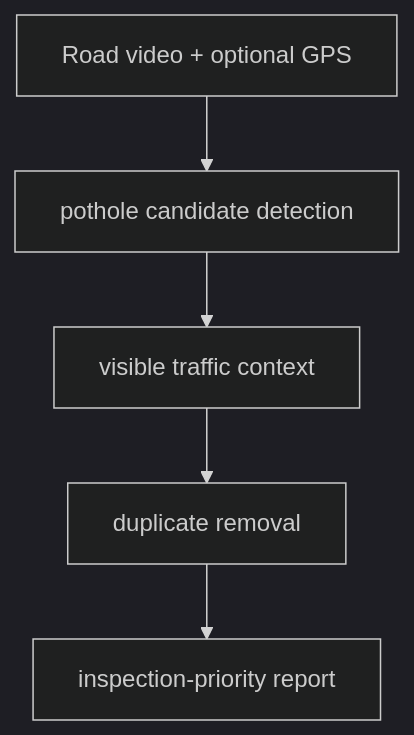
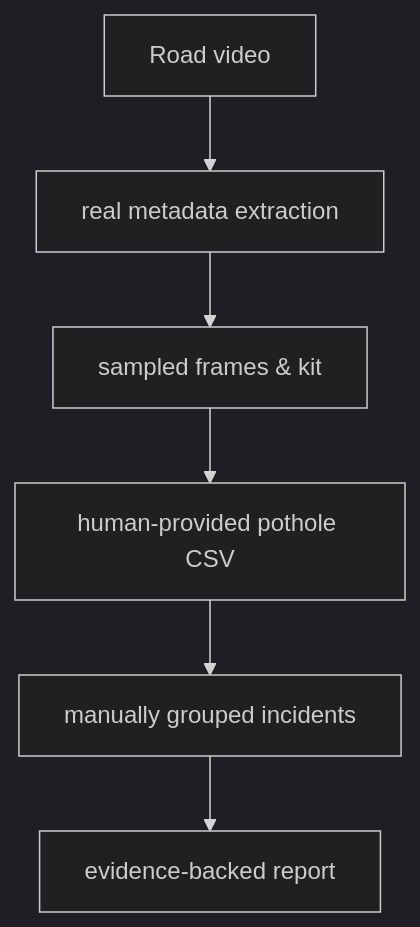
One commit to aniket889999/RoadSense-India- changed the diagram in docs/architecture.md. Above: the diagram before and after it, drawn with Mermaid (dark theme). The commit also changed other lines of this file and 16 other files, not shown here.

````diff
--- a/docs/architecture.md
+++ b/docs/architecture.md
@@ -5,7 +5,8 @@
 ```mermaid
 graph TD
-    A[Road video + optional GPS] --> B[pothole candidate detection]
-    B --> C[visible traffic context]
-    C --> D[duplicate removal]
-    D --> E[inspection-priority report]
+    A[Road video] --> B[real metadata extraction]
+    B --> C[sampled frames & kit]
+    C --> D[human-provided pothole CSV]
+    D --> E[manually grouped incidents]
+    E --> F[evidence-backed report]
 ```
````
